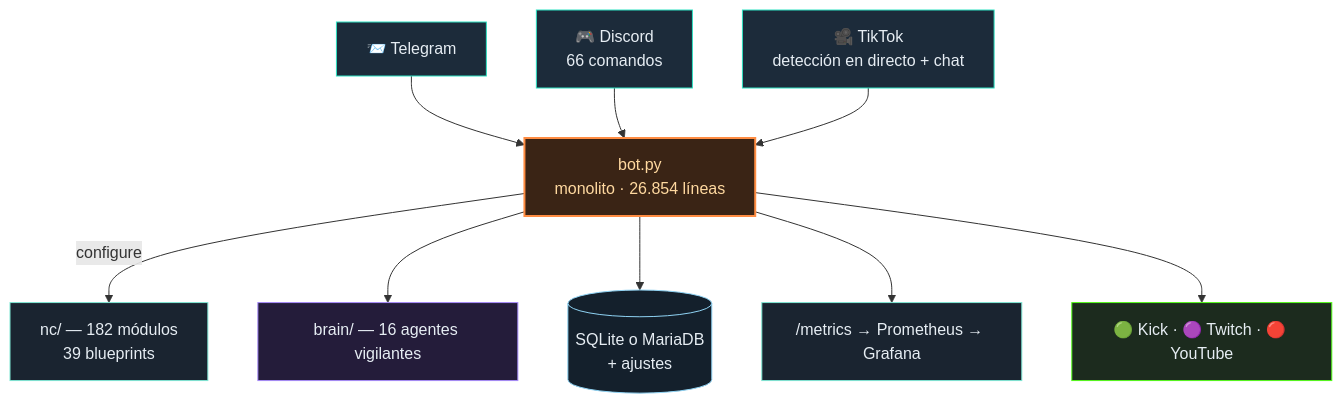
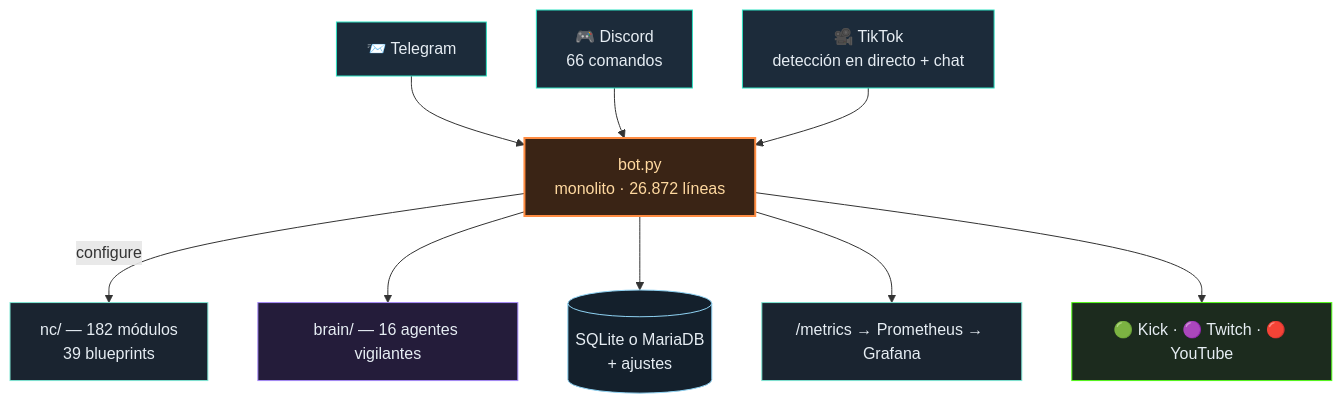
One commit to itsamemedev/Telegram-Stream-Info-Bot changed the diagram in README.es.md. Above: the diagram before and after it, drawn with Mermaid. The commit also changed 8 other files, not shown here.

````diff
--- a/README.es.md
+++ b/README.es.md
@@ -64,18 +64,18 @@
 ```mermaid
 flowchart TB
     TG["📨 Telegram"]:::ein --> BOT
     DC["🎮 Discord<br/>66 comandos"]:::ein --> BOT
     TT["🎥 TikTok<br/>detección en directo + chat"]:::ein --> BOT
-    BOT["bot.py<br/>monolito · 26.854 líneas"]:::core
+    BOT["bot.py<br/>monolito · 26.872 líneas"]:::core
     BOT -->|configure| NC["nc/ — 182 módulos<br/>39 blueprints"]:::lib
     BOT --> BRAIN["brain/ — 16 agentes vigilantes"]:::brain
     BOT --> DB[("SQLite o MariaDB<br/>+ ajustes")]:::db
     BOT --> PROM["/metrics → Prometheus → Grafana"]:::lib
     BOT --> OUT["🟢 Kick · 🟣 Twitch · 🔴 YouTube"]:::out
     classDef ein fill:#1c2b3a,stroke:#2de1c2,color:#e6edf3
     classDef core fill:#3a2415,stroke:#ff8c42,stroke-width:2px,color:#ffd9a0
     classDef lib fill:#1a2430,stroke:#7fe7d4,color:#e6edf3
     classDef brain fill:#241c3a,stroke:#a78bfa,color:#e6edf3
     classDef db fill:#14202c,stroke:#8fd3f4,color:#e6edf3
     classDef out fill:#1c2b1e,stroke:#53fc18,color:#e6edf3
 ```
````
